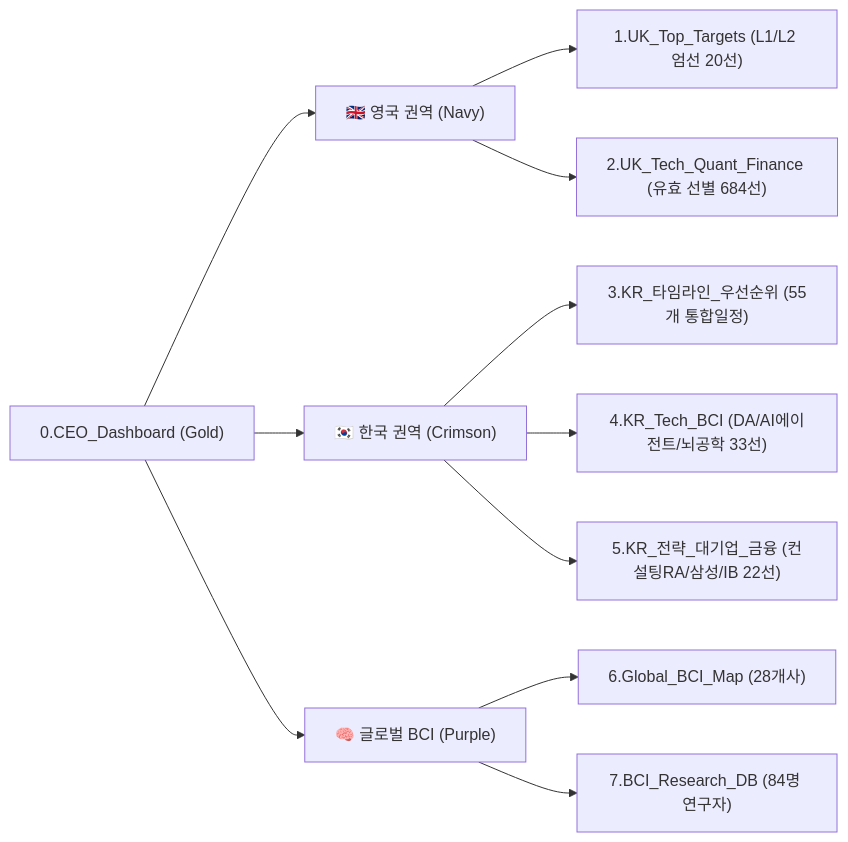
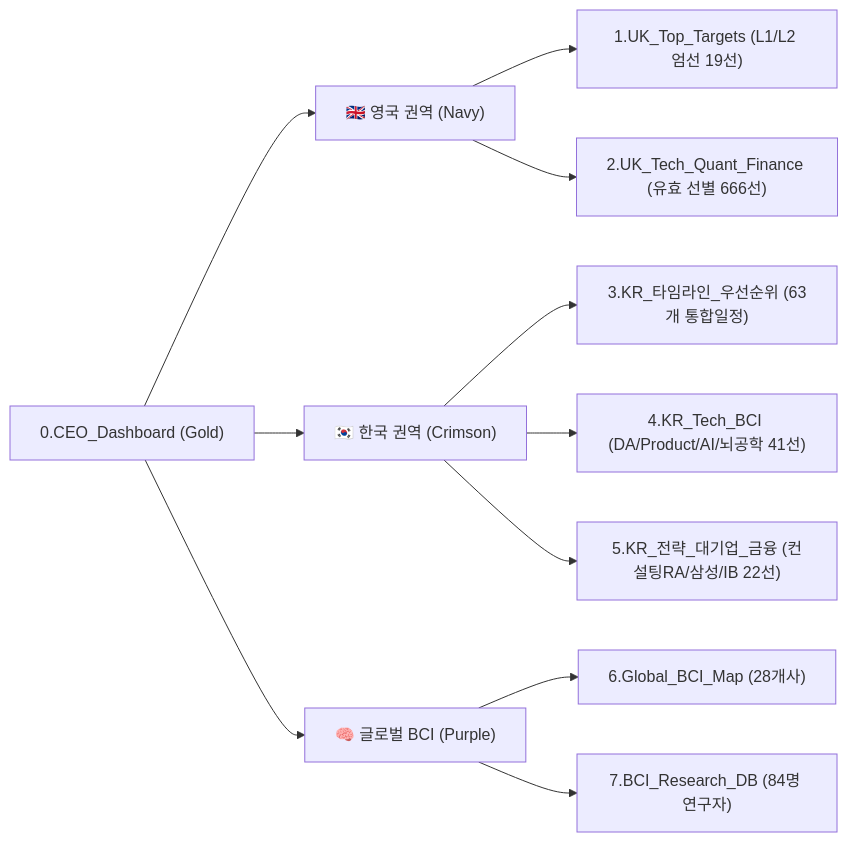
Before and after one commit to canadaofbin-netizen/Internship-Dashboard: the diagram in 00_CEO_Control_Tower/README.md, drawn with Mermaid. The commit also changed other lines of this file and 11 other files, not shown here.

````diff
--- a/00_CEO_Control_Tower/README.md
+++ b/00_CEO_Control_Tower/README.md
@@ -10,16 +10,16 @@
 ```mermaid
 graph LR
     CEO["0.CEO_Dashboard (Gold)"] --> UK["🇬🇧 영국 권역 (Navy)"]
     CEO --> KR["🇰🇷 한국 권역 (Crimson)"]
     CEO --> BCI["🧠 글로벌 BCI (Purple)"]
     
-    UK --> UK1["1.UK_Top_Targets (L1/L2 엄선 20선)"]
-    UK --> UK2["2.UK_Tech_Quant_Finance (유효 선별 684선)"]
+    UK --> UK1["1.UK_Top_Targets (L1/L2 엄선 19선)"]
+    UK --> UK2["2.UK_Tech_Quant_Finance (유효 선별 666선)"]
     
-    KR --> KR1["3.KR_타임라인_우선순위 (55개 통합일정)"]
-    KR --> KR2["4.KR_Tech_BCI (DA/AI에이전트/뇌공학 33선)"]
+    KR --> KR1["3.KR_타임라인_우선순위 (63개 통합일정)"]
+    KR --> KR2["4.KR_Tech_BCI (DA/Product/AI/뇌공학 41선)"]
     KR --> KR3["5.KR_전략_대기업_금융 (컨설팅RA/삼성/IB 22선)"]
     
     BCI --> BCI1["6.Global_BCI_Map (28개사)"]
     BCI --> BCI2["7.BCI_Research_DB (84명 연구자)"]
 ```
````
